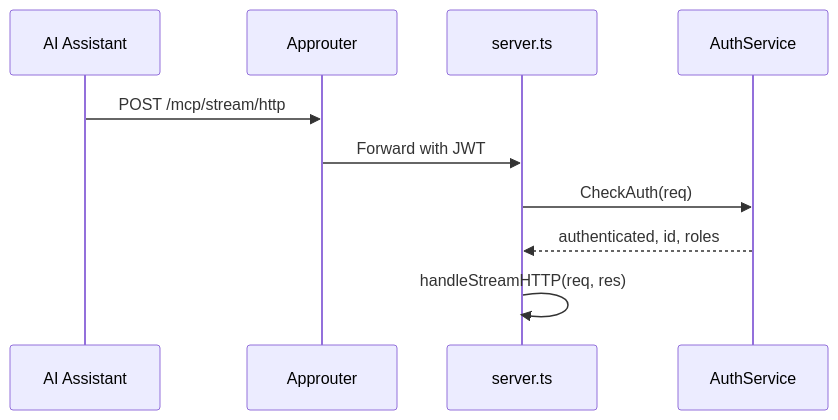
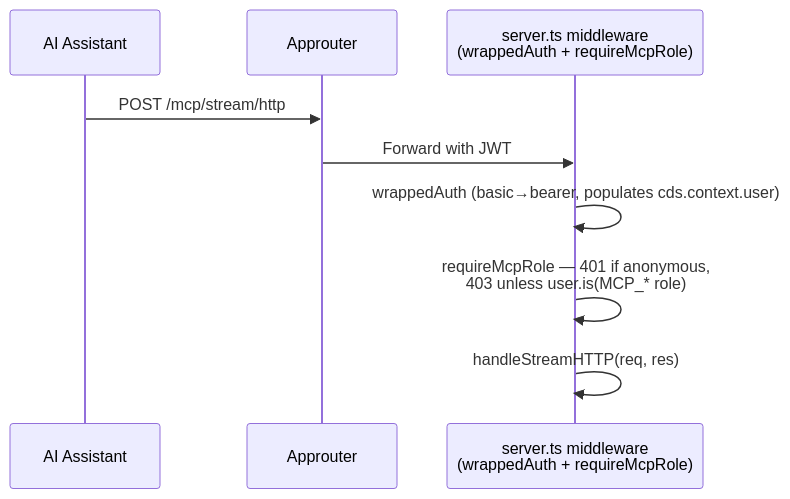
One commit to fr0ster/cloud-llm-hub changed the sixth of 24 diagrams in docs/architecture/ARCHITECTURE.md. Above: the diagram before and after it, drawn with Mermaid. The commit also changed other lines of this file, not shown here.

First line of the commit message:
docs(architecture): correct stale agent-surface / file-layout / ToC to current reality (PR-186)

````diff
--- a/docs/architecture/ARCHITECTURE.md
+++ b/docs/architecture/ARCHITECTURE.md
@@ -441,13 +606,12 @@
 ```mermaid
 sequenceDiagram
     participant Client as AI Assistant
     participant AR as Approuter
-    participant MW as server.ts
-    participant Auth as AuthService
+    participant MW as server.ts middleware<br/>(wrappedAuth + requireMcpRole)
 
     Client->>AR: POST /mcp/stream/http
     AR->>MW: Forward with JWT
-    MW->>Auth: CheckAuth(req)
-    Auth-->>MW: authenticated, id, roles
+    MW->>MW: wrappedAuth (basic→bearer, populates cds.context.user)
+    MW->>MW: requireMcpRole — 401 if anonymous,<br/>403 unless user.is(MCP_* role)
     MW->>MW: handleStreamHTTP(req, res)
 ```
````
